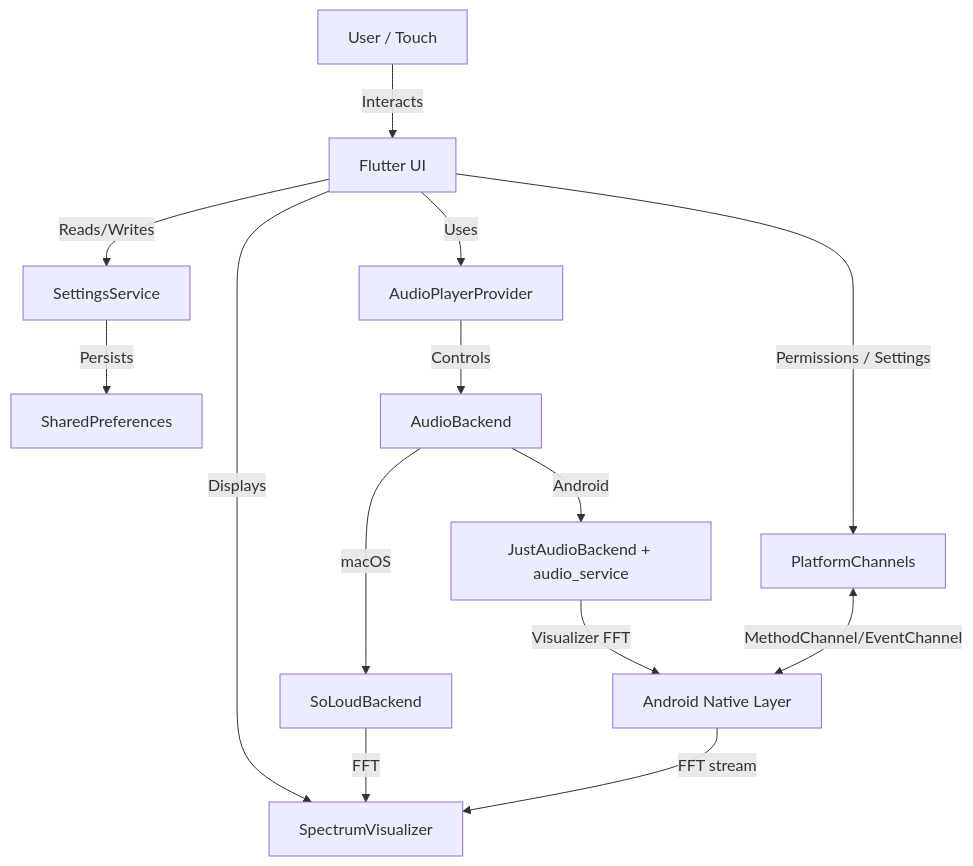
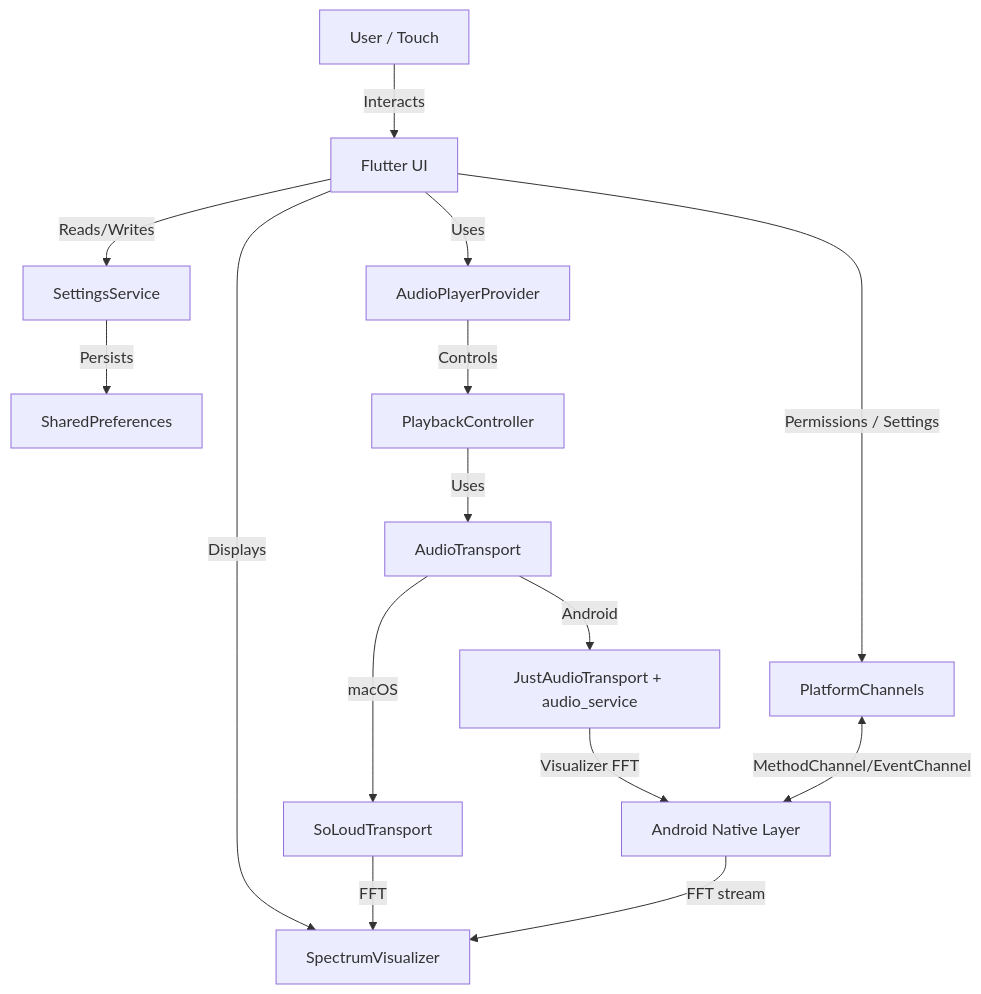
One commit to maxim-saplin/nothingness changed the diagram in docs/architecture/overview.md. Above: the diagram before and after it, drawn with Mermaid. The commit also changed other lines of this file and 18 other files, not shown here.

````diff
--- a/docs/architecture/overview.md
+++ b/docs/architecture/overview.md
@@ -7,17 +7,18 @@
 ```mermaid
 graph TD
     User[User / Touch] --> |Interacts| UI[Flutter UI]
     UI --> |Reads/Writes| Settings[SettingsService]
     UI --> |Displays| Vis[SpectrumVisualizer]
     UI --> |Uses| Provider[AudioPlayerProvider]
-    Provider --> |Controls| Backend[AudioBackend]
-    Backend --> |macOS| SoLoud[SoLoudBackend]
-    Backend --> |Android| JA[JustAudioBackend + audio_service]
+    Provider --> |Controls| Controller[PlaybackController]
+    Controller --> |Uses| Transport[AudioTransport]
+    Transport --> |macOS| SoLoud[SoLoudTransport]
+    Transport --> |Android| JA[JustAudioTransport + audio_service]
     UI --> |Permissions / Settings| PC[PlatformChannels]
 
     Settings --> |Persists| SP[SharedPreferences]
     PC <--> |MethodChannel/EventChannel| Native[Android Native Layer]
     SoLoud --> |FFT| Vis
     JA --> |Visualizer FFT| Native
     Native --> |FFT stream| Vis
 ```
````
